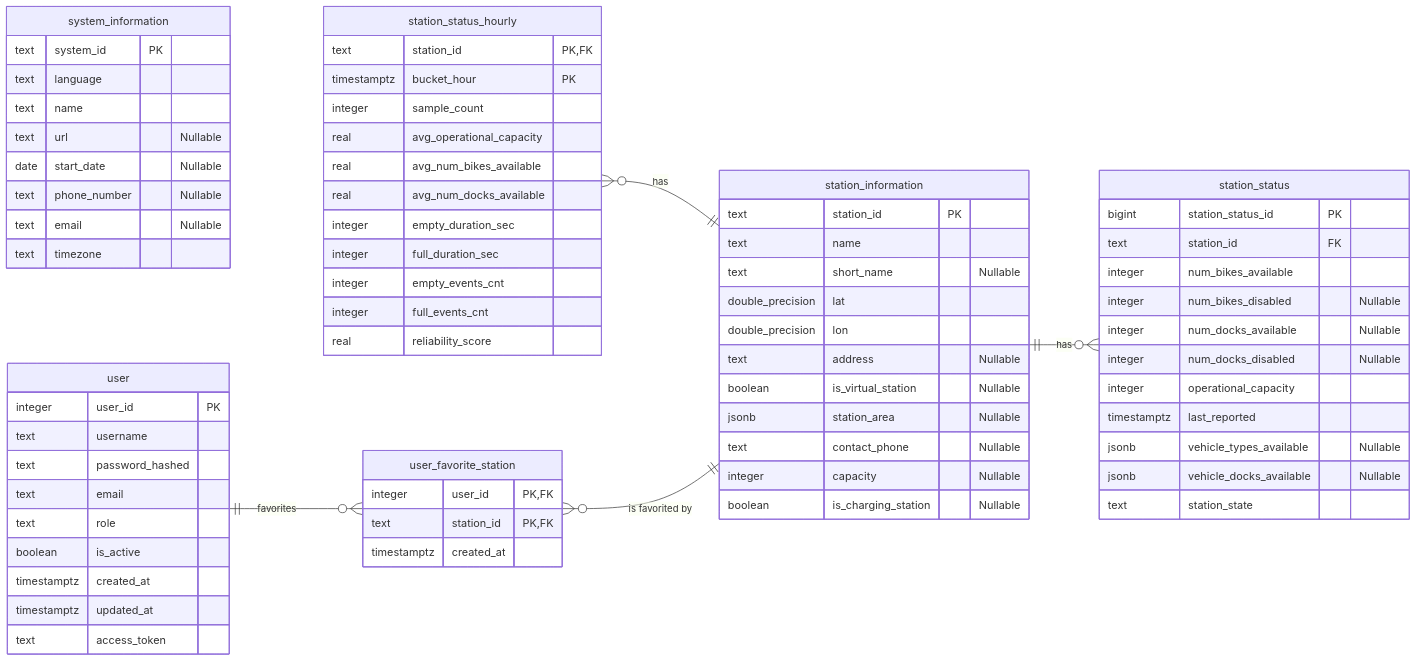
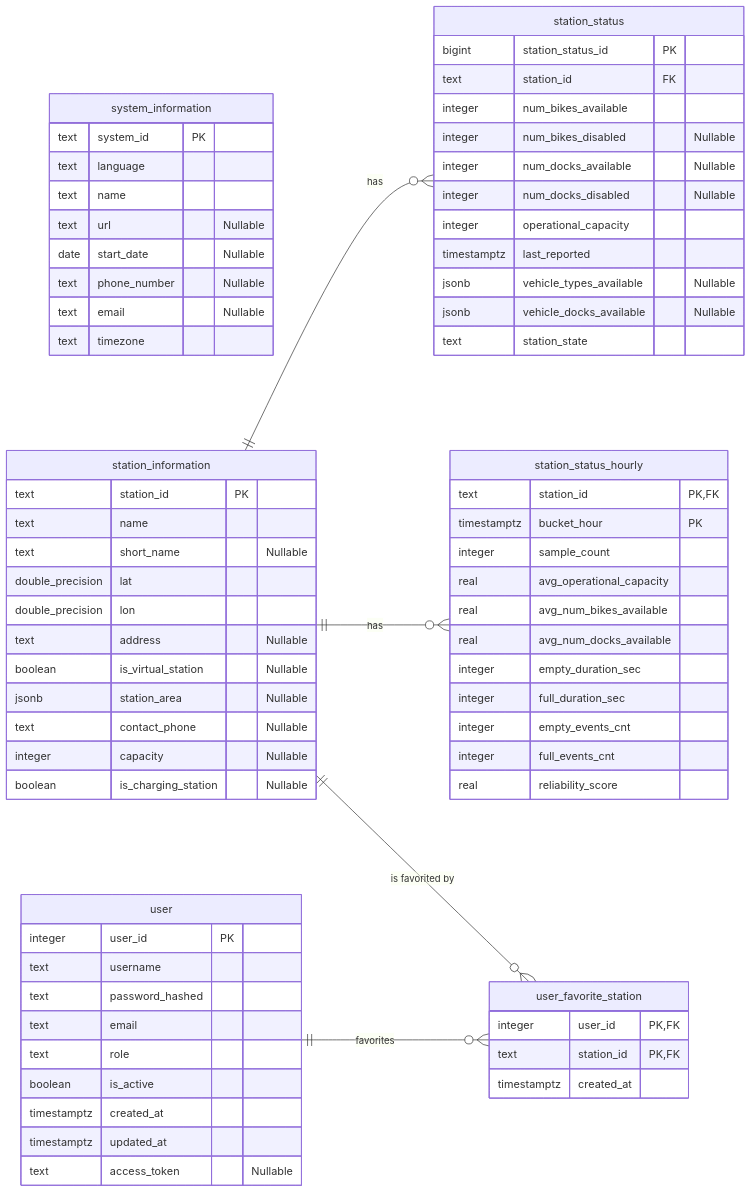
One commit to nathanlaimant/ensai-it-project-2a-team30 changed the diagram in doc/entity_relationship_diagram.md. Above: the diagram before and after it, drawn with Mermaid. The commit also changed other lines of this file and 3 other files, not shown here.

Commit message:
test: station_status_dao

````diff
--- a/doc/entity_relationship_diagram.md
+++ b/doc/entity_relationship_diagram.md
@@ -8,6 +8,7 @@
 ```mermaid
 erDiagram
- direction LR
+    direction LR
+
     %% ═══════════════════════════════════════════════
     %% SYSTEM INFORMATION
     %% ═══════════════════════════════════════════════
@@ -79,22 +80,22 @@
         real reliability_score
     }
 
-    station_status_hourly }o--|| station_information : "has"
+    station_information ||--o{ station_status_hourly : "has"
 
     %% ═══════════════════════════════════════════════
-    %% USER
+    %% USER & FAVORITES
     %% ═══════════════════════════════════════════════
 
     user {
         integer user_id PK
-        text username 
+        text username
         text password_hashed
         text email
         text role
         boolean is_active
         timestamptz created_at
         timestamptz updated_at
-        text access_token
+        text access_token "Nullable"
     }
 
     user_favorite_station {
@@ -104,5 +105,5 @@
     }
 
     user ||--o{ user_favorite_station : "favorites"
-    user_favorite_station }o--|| station_information : "is favorited by"
+    station_information ||--o{ user_favorite_station : "is favorited by"
 ```
````
